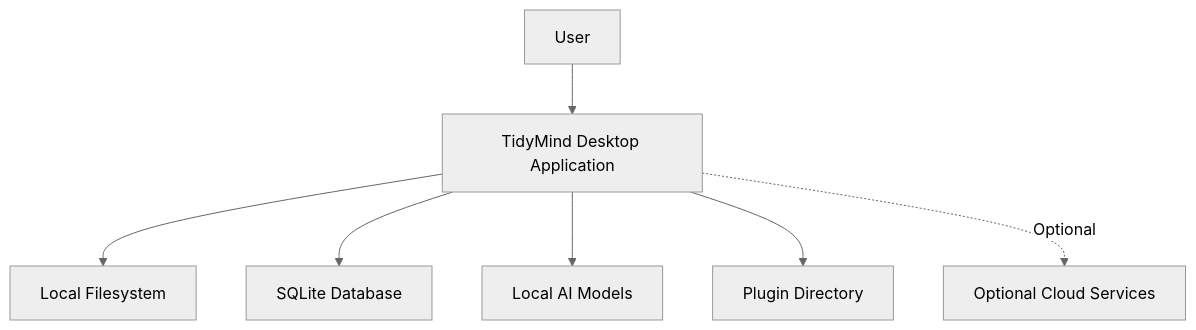
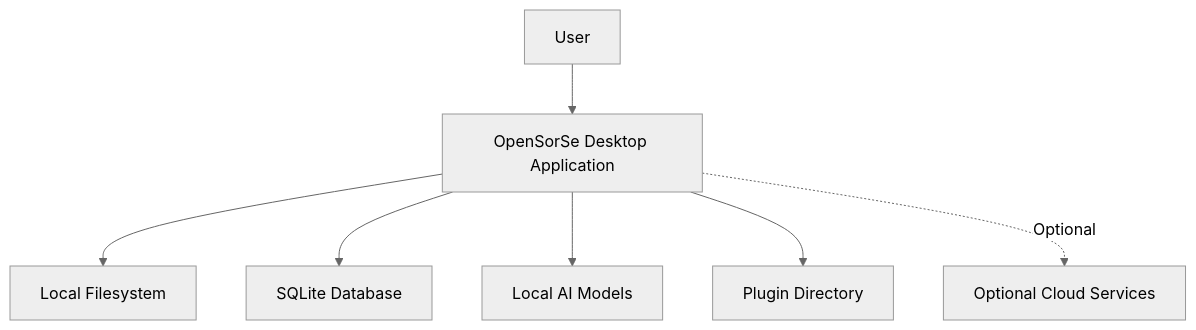
Before and after one commit to nishdel/OpenSorSe: the diagram in docs/Architecture/00_System/07_Deployment.md, drawn with Mermaid (neutral theme). The commit also changed other lines of this file and 552 other files, not shown here.

Commit message:
Rename TidyMind to OpenSorSe

````diff
--- a/docs/Architecture/00_System/07_Deployment.md
+++ b/docs/Architecture/00_System/07_Deployment.md
@@ -31,26 +31,26 @@
 ```mermaid
 flowchart TB
 
     User["User"]
 
-    App["TidyMind Desktop Application"]
+    App["OpenSorSe Desktop Application"]
 
     Filesystem["Local Filesystem"]
 
     Database["SQLite Database"]
 
     Models["Local AI Models"]
 
     Plugins["Plugin Directory"]
 
     User --> App
 
     App --> Filesystem
     App --> Database
     App --> Models
     App --> Plugins
 
     Cloud["Optional Cloud Services"]
 
     App -. Optional .-> Cloud
 ```
````
